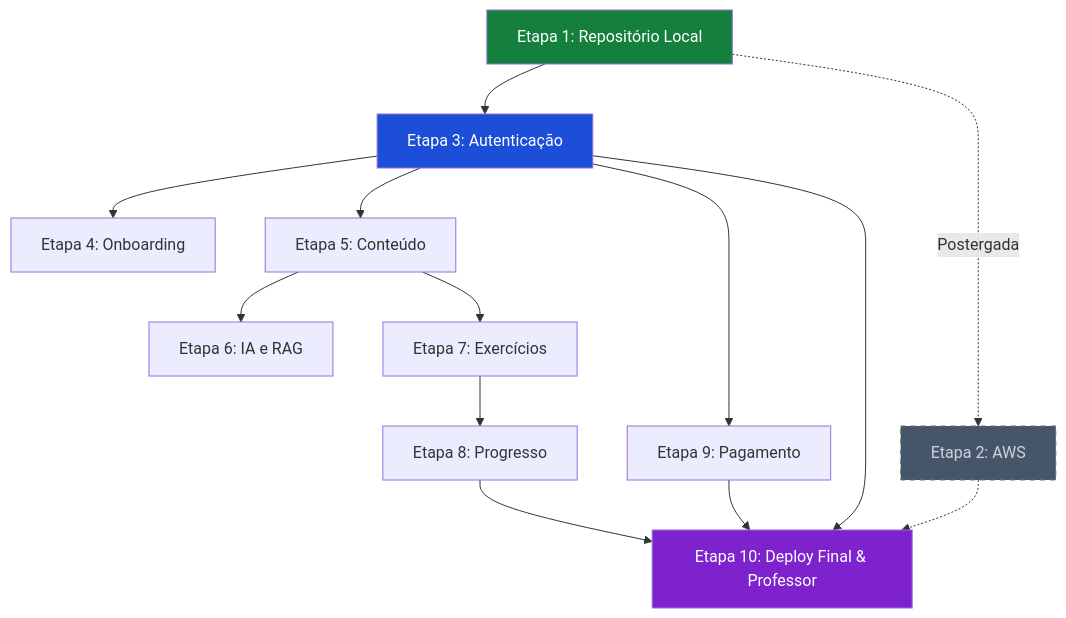
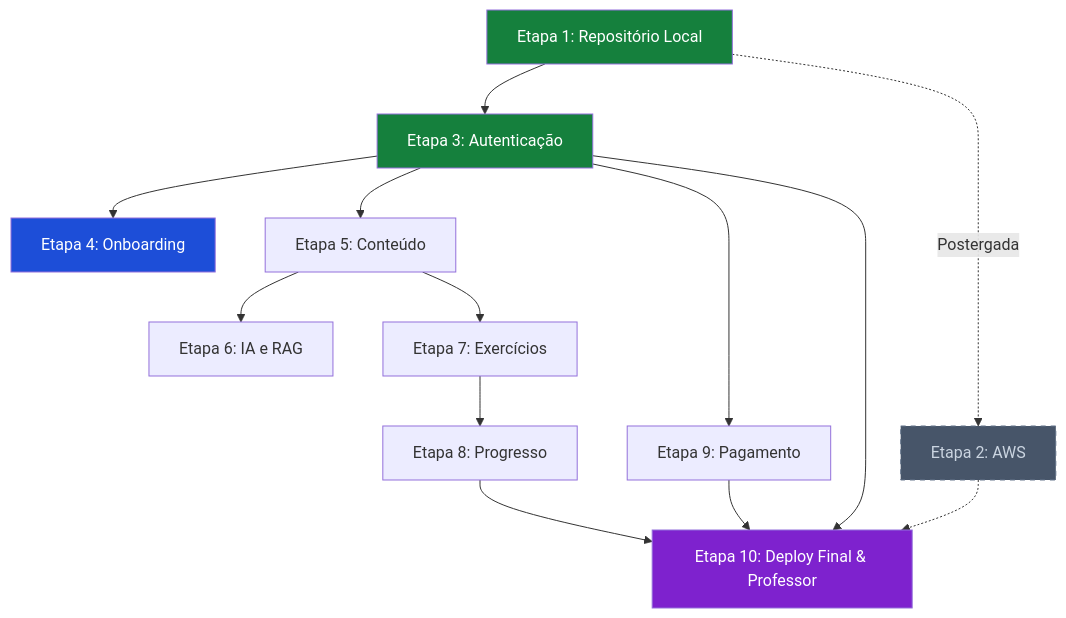
Before and after one commit to SiadeLucas/Tutor-Inteligente: the second of 2 diagrams in docs-site/docs/implementation/index.md, drawn with Mermaid. The commit also changed other lines of this file and 15 other files, not shown here.

````diff
--- a/docs-site/docs/implementation/index.md
+++ b/docs-site/docs/implementation/index.md
@@ -172,20 +173,21 @@
 ```mermaid
 graph TD
     E1["Etapa 1: Repositório Local"] --> E3["Etapa 3: Autenticação"]
     E1 -.->|Postergada| E2["Etapa 2: AWS"]
     E3 --> E4["Etapa 4: Onboarding"]
     E3 --> E5["Etapa 5: Conteúdo"]
     E5 --> E6["Etapa 6: IA e RAG"]
     E5 --> E7["Etapa 7: Exercícios"]
     E7 --> E8["Etapa 8: Progresso"]
     E3 --> E9["Etapa 9: Pagamento"]
     E3 --> E10["Etapa 10: Deploy Final & Professor"]
     E8 --> E10
     E9 --> E10
     E2 -.-> E10
 
     style E1 fill:#15803d,color:#fff
     style E2 fill:#475569,stroke:#64748b,stroke-dasharray: 5 5,color:#cbd5e1
-    style E3 fill:#1d4ed8,color:#fff
+    style E3 fill:#15803d,color:#fff
+    style E4 fill:#1d4ed8,color:#fff
     style E10 fill:#7e22ce,color:#fff
 ```
````
